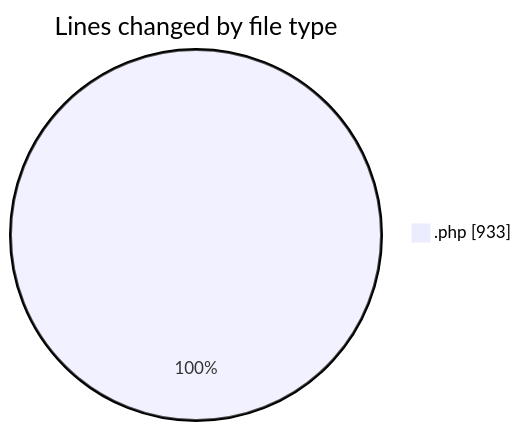
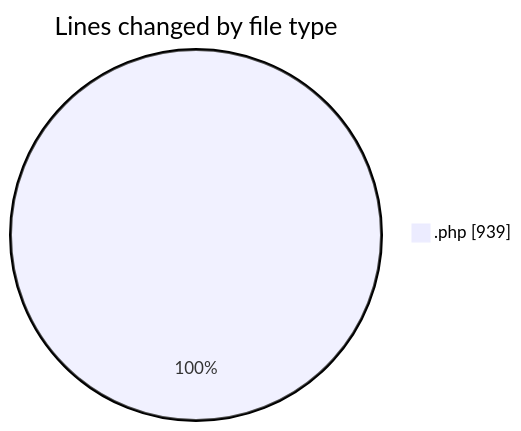
The first of 2 diagrams in 2025-09-25/plugins/README.md (debugP/code-tracking), drawn with Mermaid before and after one commit. The commit also changed other lines of this file and 1 other file, not shown here.

````diff
--- a/2025-09-25/plugins/README.md
+++ b/2025-09-25/plugins/README.md
@@ -20,5 +20,5 @@
 ```mermaid
 pie showData
 title Lines changed by file type
-".php" : 933
+".php" : 939
 ```
````
